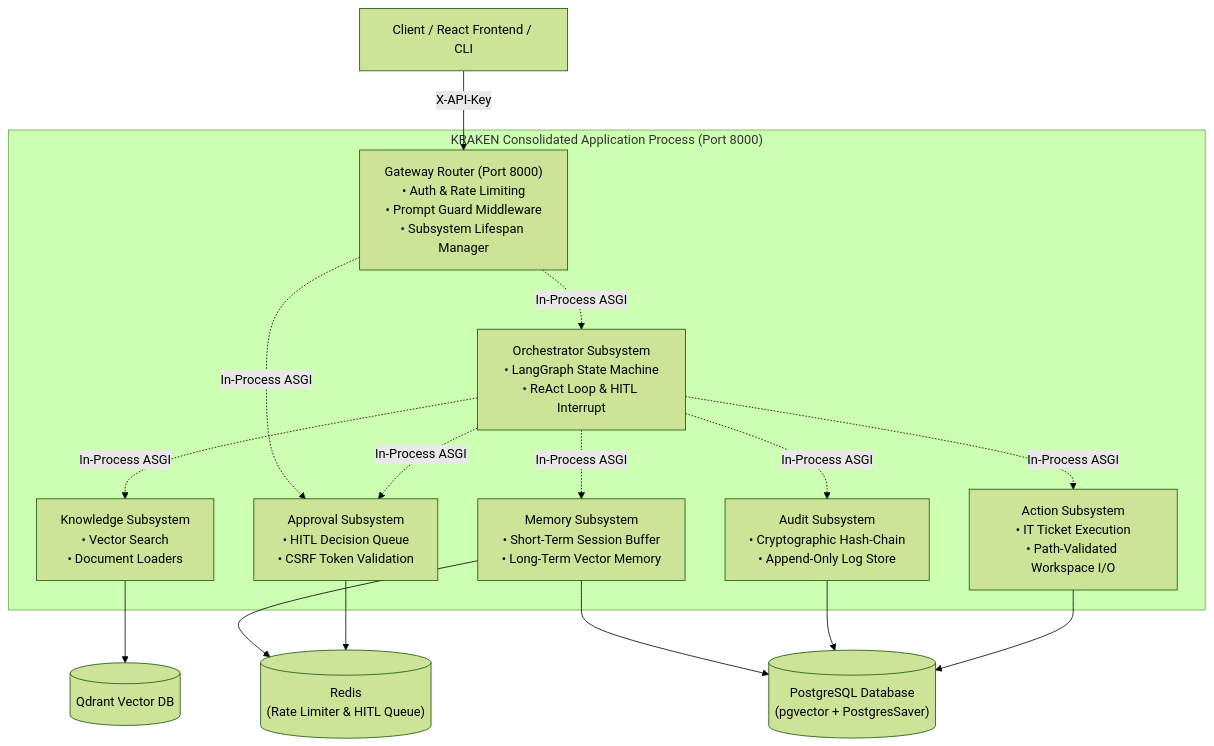
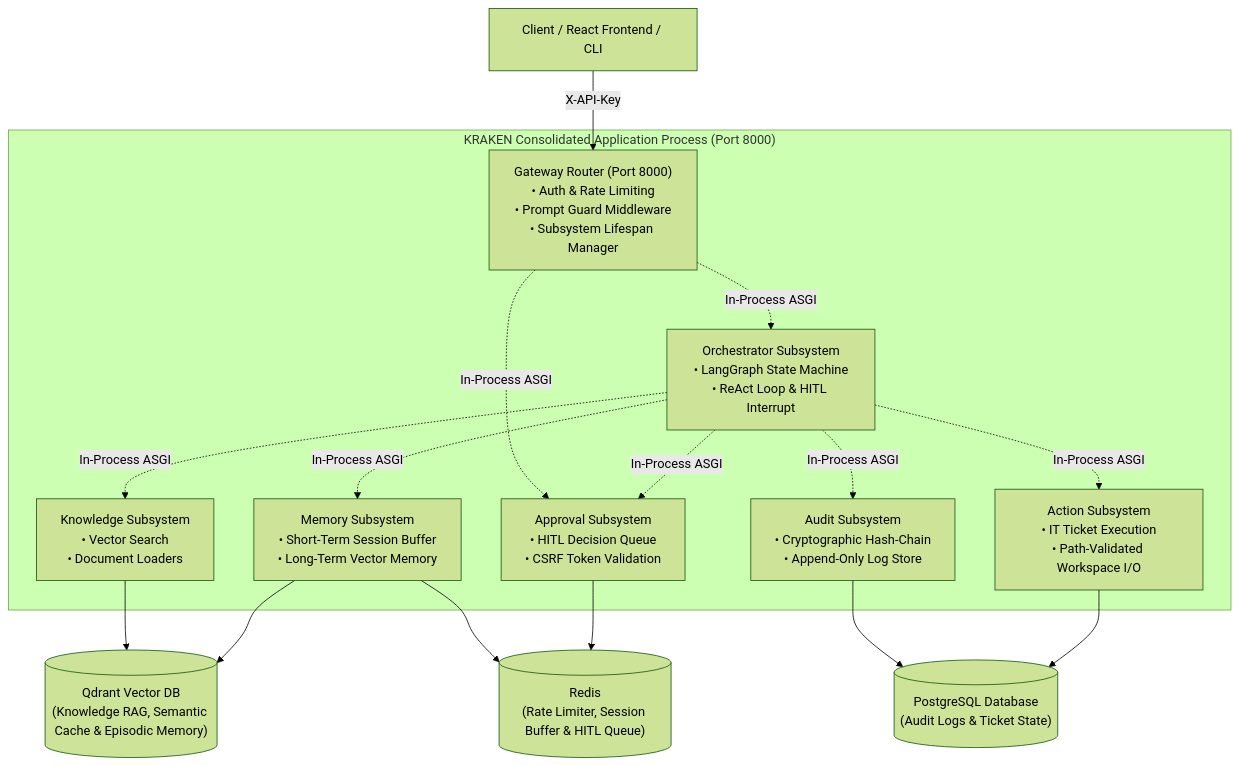
Before and after one commit to JavithNaseem-J/KRAKEN: the first of 2 diagrams in docs/architecture.md, drawn with Mermaid (forest theme). The commit also changed other lines of this file and 524 other files, not shown here.

````diff
--- a/docs/architecture.md
+++ b/docs/architecture.md
@@ -11,35 +13,35 @@
 ```mermaid
 flowchart TD
     Client["Client / React Frontend / CLI"]
     
     subgraph AppProcess["KRAKEN Consolidated Application Process (Port 8000)"]
         Gateway["Gateway Router (Port 8000)<br/>• Auth & Rate Limiting<br/>• Prompt Guard Middleware<br/>• Subsystem Lifespan Manager"]
         Orchestrator["Orchestrator Subsystem<br/>• LangGraph State Machine<br/>• ReAct Loop & HITL Interrupt"]
         Knowledge["Knowledge Subsystem<br/>• Vector Search<br/>• Document Loaders"]
         Action["Action Subsystem<br/>• IT Ticket Execution<br/>• Path-Validated Workspace I/O"]
         Approval["Approval Subsystem<br/>• HITL Decision Queue<br/>• CSRF Token Validation"]
         Memory["Memory Subsystem<br/>• Short-Term Session Buffer<br/>• Long-Term Vector Memory"]
         Audit["Audit Subsystem<br/>• Cryptographic Hash-Chain<br/>• Append-Only Log Store"]
     end
 
-    Qdrant[("Qdrant Vector DB")]
-    PostgreSQL[("PostgreSQL Database<br/>(pgvector + PostgresSaver)")]
-    Redis[("Redis<br/>(Rate Limiter & HITL Queue)")]
+    Qdrant[("Qdrant Vector DB<br/>(Knowledge RAG, Semantic Cache & Episodic Memory)")]
+    PostgreSQL[("PostgreSQL Database<br/>(Audit Logs & Ticket State)")]
+    Redis[("Redis<br/>(Rate Limiter, Session Buffer & HITL Queue)")]
 
     Client -->|X-API-Key| Gateway
     Gateway -.->|In-Process ASGI| Orchestrator
     Gateway -.->|In-Process ASGI| Approval
     
     Orchestrator -.->|In-Process ASGI| Knowledge
     Orchestrator -.->|In-Process ASGI| Memory
     Orchestrator -.->|In-Process ASGI| Action
     Orchestrator -.->|In-Process ASGI| Approval
     Orchestrator -.->|In-Process ASGI| Audit
 
     Knowledge --> Qdrant
     Memory --> Redis
-    Memory --> PostgreSQL
+    Memory --> Qdrant
     Approval --> Redis
     Audit --> PostgreSQL
     Action --> PostgreSQL
 ```
````
